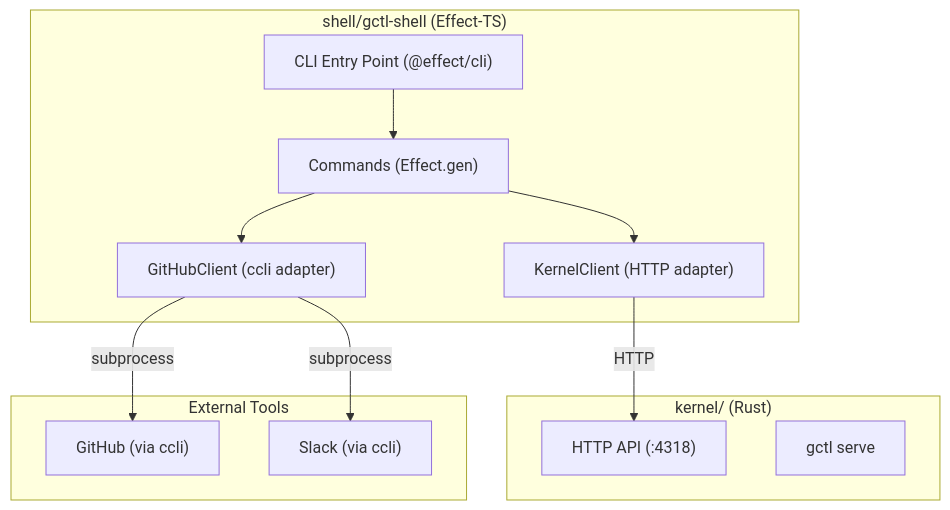
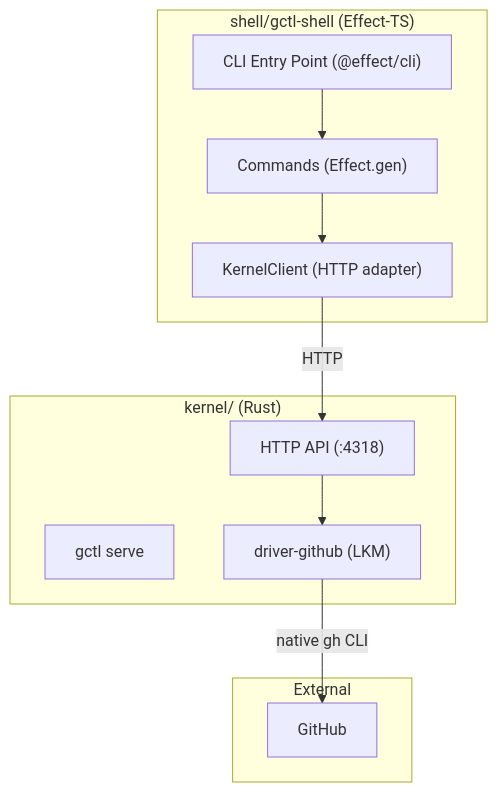
The first of 2 diagrams in specs/implementation/shell/components.md (OpenHackersClub/gctrl), drawn with Mermaid before and after one commit. The commit also changed other lines of this file and 39 other files, not shown here.

First line of the commit message:
refactor(shell): GitHub via kernel driver — no direct external API calls (#2)

````diff
--- a/specs/implementation/shell/components.md
+++ b/specs/implementation/shell/components.md
@@ -15,26 +15,24 @@
 ```mermaid
 graph TD
     subgraph Shell["shell/gctl-shell (Effect-TS)"]
         CLI["CLI Entry Point (@effect/cli)"]
         Commands["Commands (Effect.gen)"]
         KClient["KernelClient (HTTP adapter)"]
-        GHClient["GitHubClient (ccli adapter)"]
     end
 
     subgraph Kernel["kernel/ (Rust)"]
         API["HTTP API (:4318)"]
         Daemon["gctl serve"]
+        DrvGH["driver-github (LKM)"]
     end
 
-    subgraph External["External Tools"]
-        GitHub["GitHub (via ccli)"]
-        Slack["Slack (via ccli)"]
+    subgraph External["External"]
+        GitHub["GitHub"]
     end
 
     CLI --> Commands
     Commands --> KClient
-    Commands --> GHClient
     KClient -->|"HTTP"| API
-    GHClient -->|"subprocess"| GitHub
-    GHClient -->|"subprocess"| Slack
+    DrvGH -->|"native gh CLI"| GitHub
+    API --> DrvGH
 ```
````
